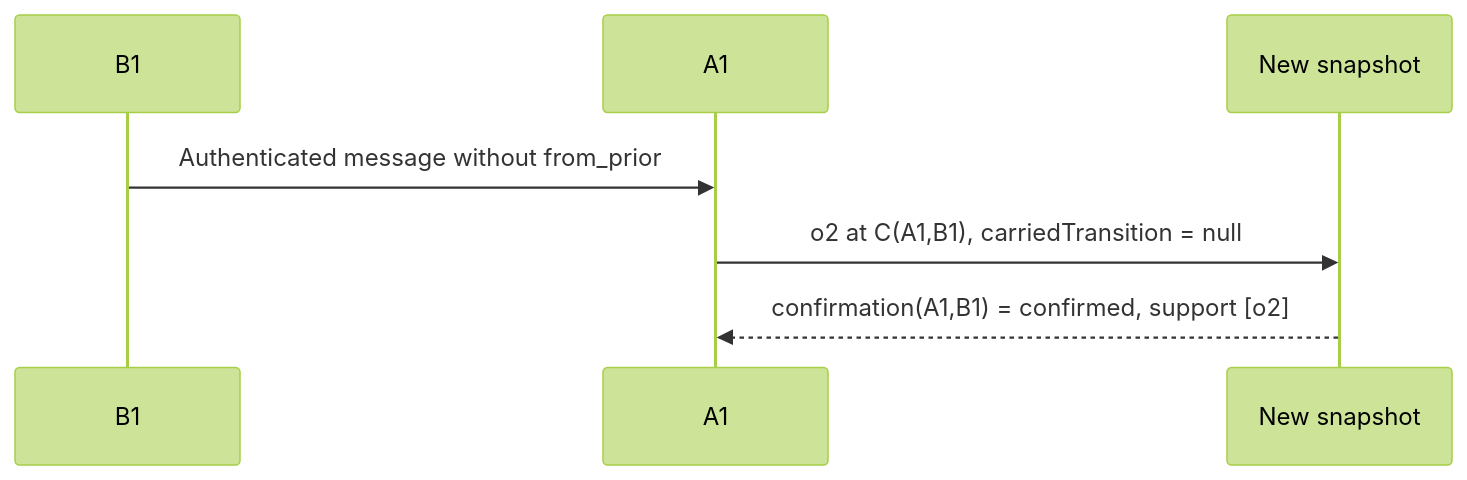
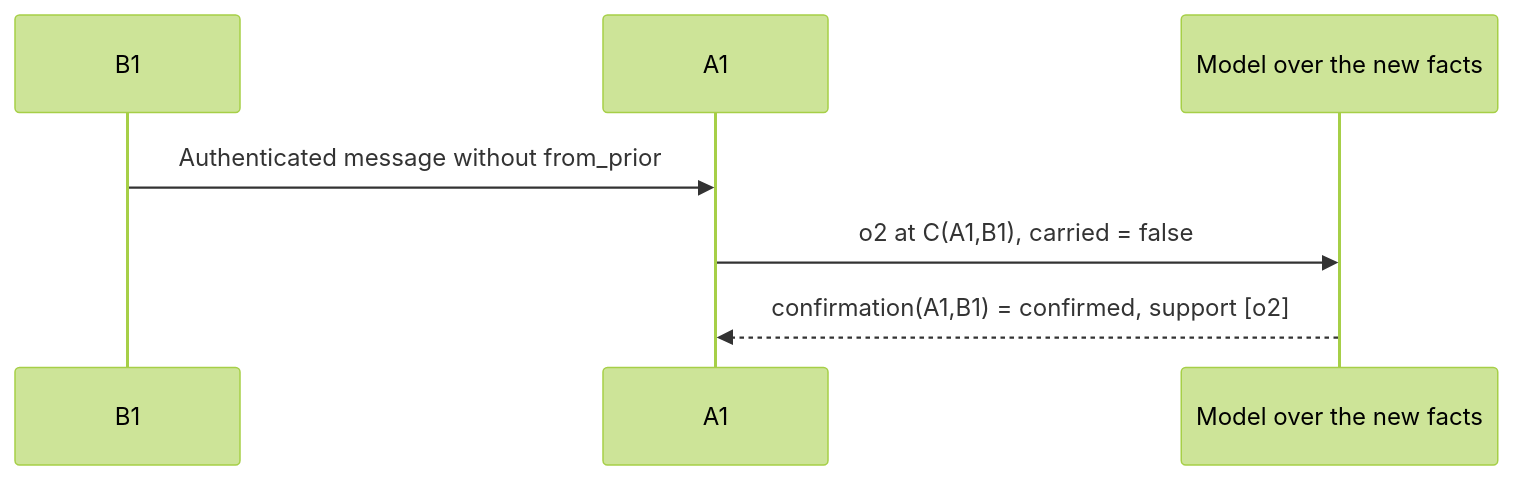
Before and after one commit to estoc-dev/estoc: the fifth of 18 diagrams in packages/continuity/docs/guide.md, drawn with Mermaid (forest theme). The commit also changed other lines of this file and 35 other files, not shown here.

First line of the commit message:
Continuity facts keyed by evidence, accepted by the model (estoc-continuity/2) (#188)

````diff
--- a/packages/continuity/docs/guide.md
+++ b/packages/continuity/docs/guide.md
@@ -159,9 +163,9 @@
 ```mermaid
 sequenceDiagram
     participant B1
     participant A1
-    participant Model as New snapshot
+    participant Model as Model over the new facts
     B1->>A1: Authenticated message without from_prior
-    A1->>Model: o2 at C(A1,B1), carriedTransition = null
+    A1->>Model: o2 at C(A1,B1), carried = false
     Model-->>A1: confirmation(A1,B1) = confirmed, support [o2]
 ```
````
